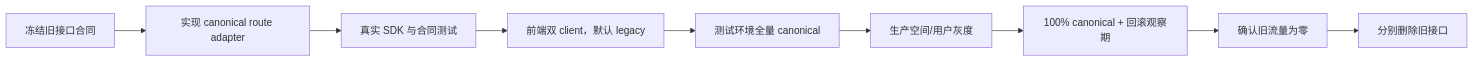
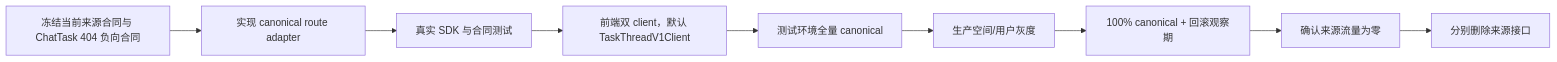
One commit to lwb8832652/coze-studio changed the second of 2 diagrams in docs/superpowers/specs/2026-07-26-workbench-thread-api-contract-design.md. Above: the diagram before and after it, drawn with Mermaid. The commit also changed other lines of this file and 2 other files, not shown here.

Commit message:
docs: align Workbench contract with retired ChatTask flow

````diff
--- a/docs/superpowers/specs/2026-07-26-workbench-thread-api-contract-design.md
+++ b/docs/superpowers/specs/2026-07-26-workbench-thread-api-contract-design.md
@@ -1352,11 +1371,11 @@
 ```mermaid
 flowchart LR
-    A["冻结旧接口合同"] --> B["实现 canonical route adapter"]
+    A["冻结当前来源合同与 ChatTask 404 负向合同"] --> B["实现 canonical route adapter"]
     B --> C["真实 SDK 与合同测试"]
-    C --> D["前端双 client，默认 legacy"]
+    C --> D["前端双 client，默认 TaskThreadV1Client"]
     D --> E["测试环境全量 canonical"]
     E --> F["生产空间/用户灰度"]
     F --> G["100% canonical + 回滚观察期"]
-    G --> H["确认旧流量为零"]
-    H --> I["分别删除旧接口"]
+    G --> H["确认来源流量为零"]
+    H --> I["分别删除来源接口"]
 ```
````
